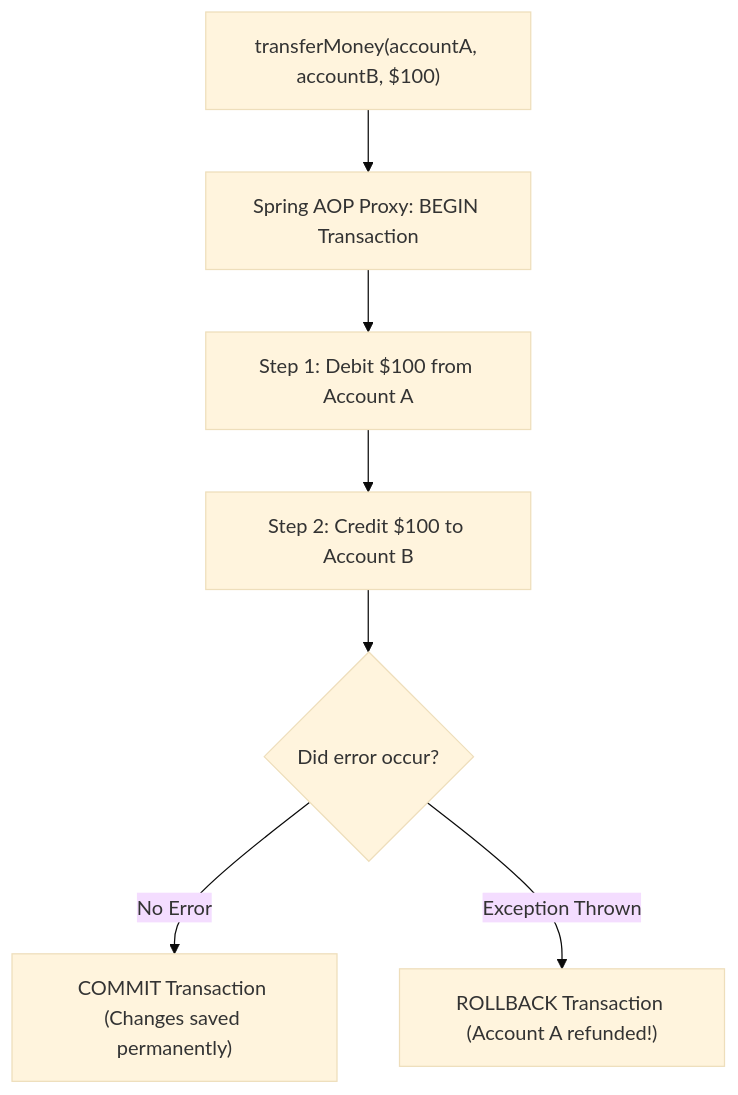
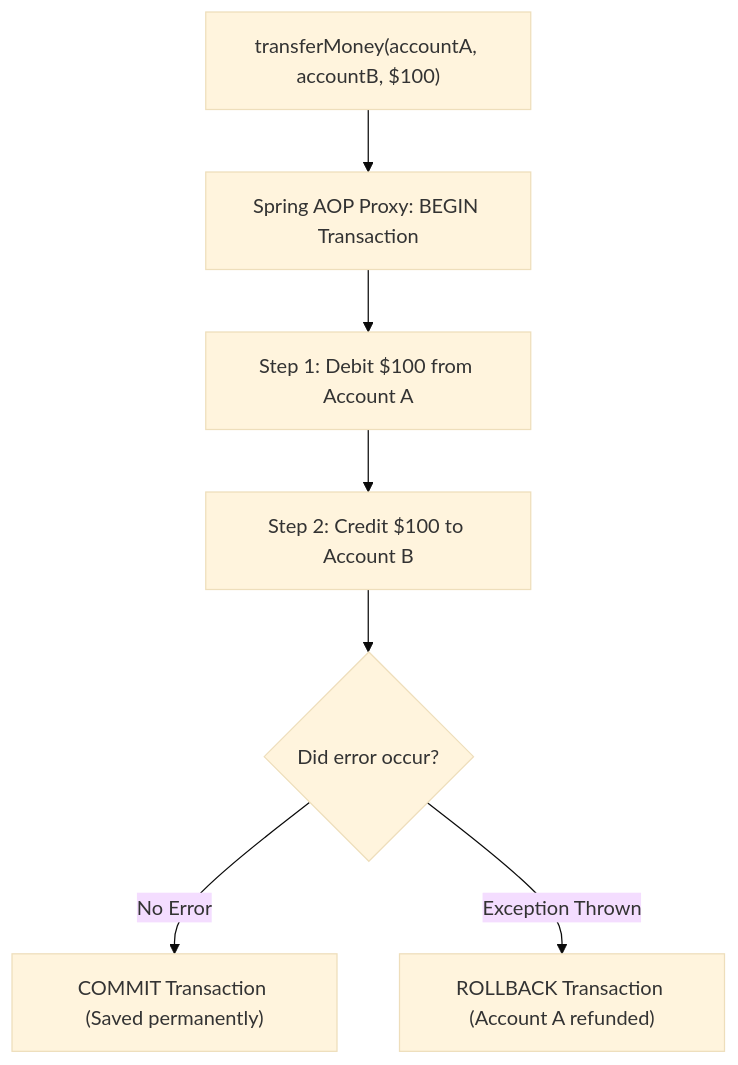
One commit to rohithgowda18/Notes changed the tenth of 21 diagrams in 06-Java-and-Spring-Boot/Spring Boot Interview Guide.md. Above: the diagram before and after it, drawn with Mermaid (base theme). The commit also changed other lines of this file, not shown here.

````diff
--- a/06-Java-and-Spring-Boot/Spring Boot Interview Guide.md
+++ b/06-Java-and-Spring-Boot/Spring Boot Interview Guide.md
@@ -747,9 +582,9 @@
 ```mermaid
 flowchart TD
     Call["transferMoney(accountA, accountB, $100)"] --> Start["Spring AOP Proxy: BEGIN Transaction"]
     Start --> Op1["Step 1: Debit $100 from Account A"]
     Op1 --> Op2["Step 2: Credit $100 to Account B"]
     Op2 --> Check{"Did error occur?"}
-    Check -->|"No Error"| Commit["COMMIT Transaction (Changes saved permanently)"]
-    Check -->|"Exception Thrown"| Rollback["ROLLBACK Transaction (Account A refunded!)"]
+    Check -->|"No Error"| Commit["COMMIT Transaction (Saved permanently)"]
+    Check -->|"Exception Thrown"| Rollback["ROLLBACK Transaction (Account A refunded)"]
 ```
````
